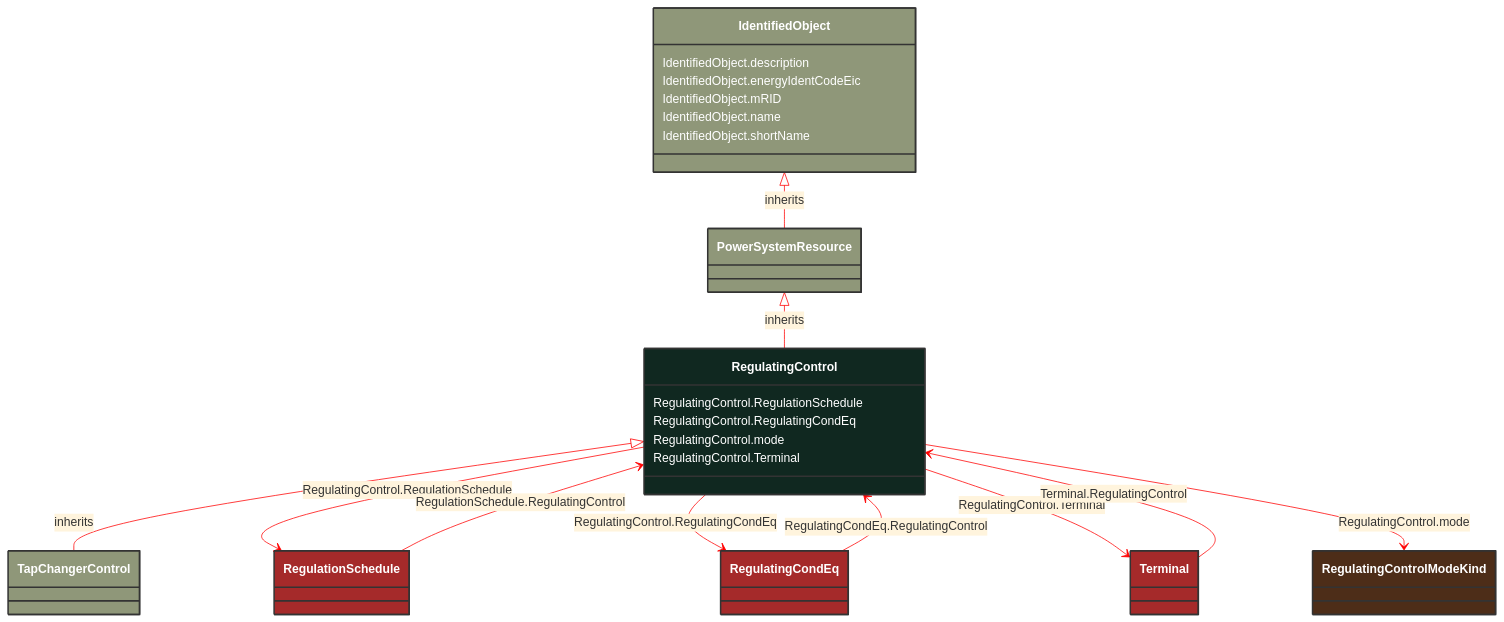
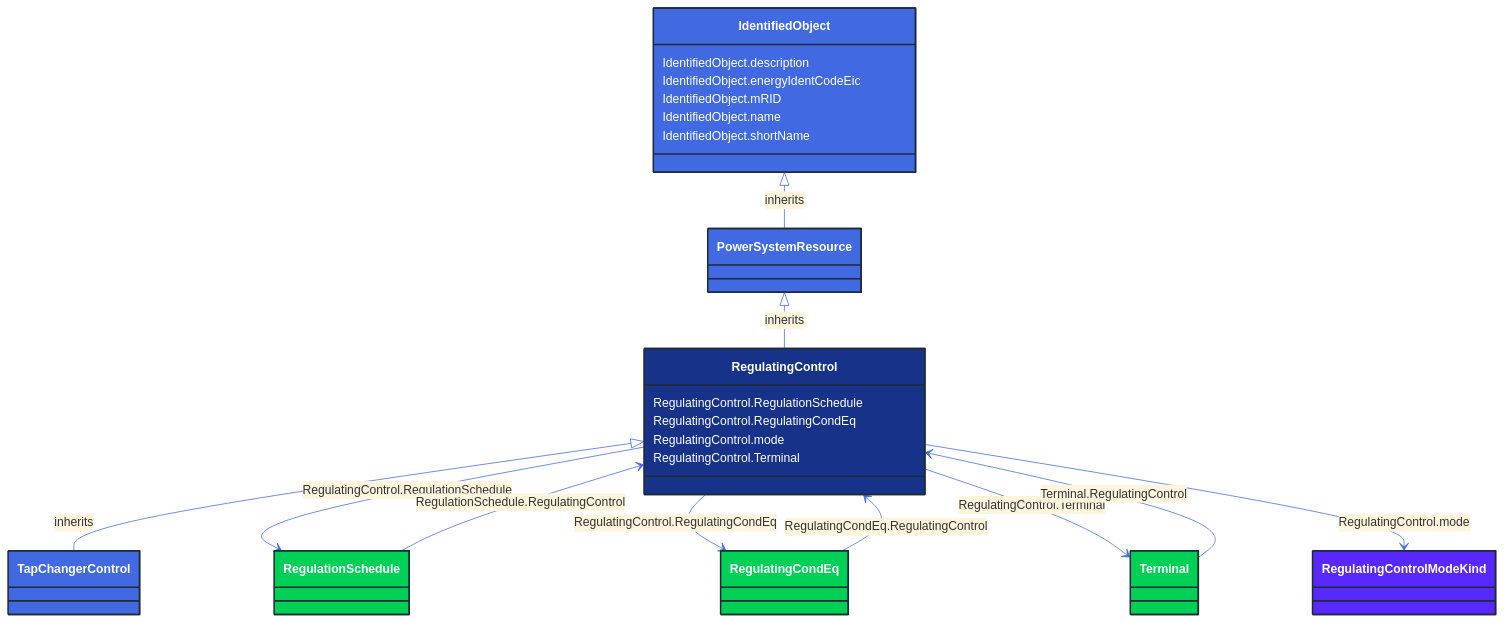
Before and after one commit to 3lbits/NoCIMExtensions: the diagram in docs/Models/Profiles/CoreEquipment/ConcreteClasses/RegulatingControl.md, drawn with Mermaid. The commit also changed 362 other files, not shown here.

First line of the commit message:
Update diagrams and styles for improved visual consistency

````diff
--- a/docs/Models/Profiles/CoreEquipment/ConcreteClasses/RegulatingControl.md
+++ b/docs/Models/Profiles/CoreEquipment/ConcreteClasses/RegulatingControl.md
@@ -15,71 +15,71 @@
 ```mermaid
-%%{init: {'theme':'base','themeVariables': {'lineColor': '#FF0000'}}}%%
+%%{init: {'theme':'base','themeVariables': {'lineColor': '#4169E1'}}}%%
 classDiagram
     class RegulatingControl
     click RegulatingControl href "/Models/Profiles/CoreEquipment/ConcreteClasses/RegulatingControl/"
-    style RegulatingControl fill:#102820,stroke:#333,stroke-width:2px,rx:10,ry:10,color:white
+    style RegulatingControl fill:#163289,stroke:#1F2A37,stroke-width:2px,rx:10,ry:10,color:white
 
         RegulatingControl <|-- TapChangerControl : inherits
 
         TapChangerControl
             click TapChangerControl href "/Models/Profiles/CoreEquipment/ConcreteClasses/TapChangerControl/"
-            style TapChangerControl fill:#8F9779,stroke:#333,stroke-width:2px,rx:10,ry:10,color:white
+            style TapChangerControl fill:#4169E1,stroke:#1F2A37,stroke-width:2px,rx:10,ry:10,color:white
      
         PowerSystemResource <|-- RegulatingControl : inherits
             click PowerSystemResource href "/Models/Profiles/CoreEquipment/AbstractClasses/PowerSystemResource/"
-            style PowerSystemResource fill:#8F9779,stroke:#333,stroke-width:2px,rx:10,ry:10,color:white
+            style PowerSystemResource fill:#4169E1,stroke:#1F2A37,stroke-width:2px,rx:10,ry:10,color:white
      
         IdentifiedObject <|-- PowerSystemResource : inherits
             click IdentifiedObject href "/Models/Profiles/CoreEquipment/AbstractClasses/IdentifiedObject/"
-            style IdentifiedObject fill:#8F9779,stroke:#333,stroke-width:2px,rx:10,ry:10,color:white
+            style IdentifiedObject fill:#4169E1,stroke:#1F2A37,stroke-width:2px,rx:10,ry:10,color:white
 
         RegulatingControl --> RegulationSchedule : RegulatingControl.RegulationSchedule
 
         RegulationSchedule
             click RegulationSchedule href "/Models/Profiles/CoreEquipment/ConcreteClasses/RegulationSchedule/"
-            style RegulationSchedule fill:#A52A2A,stroke:#333,stroke-width:2px,rx:10,ry:10,color:white
+            style RegulationSchedule fill:#00D156,stroke:#1F2A37,stroke-width:2px,rx:10,ry:10,color:white
         RegulatingControl --> RegulatingCondEq : RegulatingControl.RegulatingCondEq
 
         RegulatingCondEq
             click RegulatingCondEq href "/Models/Profiles/CoreEquipment/AbstractClasses/RegulatingCondEq/"
-            style RegulatingCondEq fill:#A52A2A,stroke:#333,stroke-width:2px,rx:10,ry:10,color:white
+            style RegulatingCondEq fill:#00D156,stroke:#1F2A37,stroke-width:2px,rx:10,ry:10,color:white
         RegulatingControl --> Terminal : RegulatingControl.Terminal
 
         Terminal
             click Terminal href "/Models/Profiles/CoreEquipment/ConcreteClasses/Terminal/"
-            style Terminal fill:#A52A2A,stroke:#333,stroke-width:2px,rx:10,ry:10,color:white
+            style Terminal fill:#00D156,stroke:#1F2A37,stroke-width:2px,rx:10,ry:10,color:white
 
         RegulationSchedule --> RegulatingControl : RegulationSchedule.RegulatingControl
 
         RegulationSchedule
             click RegulationSchedule href "/Models/Profiles/CoreEquipment/ConcreteClasses/RegulationSchedule/"
-            style RegulationSchedule fill:#A52A2A,stroke:#333,stroke-width:2px,rx:10,ry:10,color:white
+            style RegulationSchedule fill:#00D156,stroke:#1F2A37,stroke-width:2px,rx:10,ry:10,color:white
 
         RegulatingCondEq --> RegulatingControl : RegulatingCondEq.RegulatingControl
 
         RegulatingCondEq
             click RegulatingCondEq href "/Models/Profiles/CoreEquipment/AbstractClasses/RegulatingCondEq/"
-            style RegulatingCondEq fill:#A52A2A,stroke:#333,stroke-width:2px,rx:10,ry:10,color:white
+            style RegulatingCondEq fill:#00D156,stroke:#1F2A37,stroke-width:2px,rx:10,ry:10,color:white
 
         Terminal --> RegulatingControl : Terminal.RegulatingControl
 
         Terminal
             click Terminal href "/Models/Profiles/CoreEquipment/ConcreteClasses/Terminal/"
-            style Terminal fill:#A52A2A,stroke:#333,stroke-width:2px,rx:10,ry:10,color:white
+            style Terminal fill:#00D156,stroke:#1F2A37,stroke-width:2px,rx:10,ry:10,color:white
 
         RegulatingControl --> RegulatingControlModeKind : RegulatingControl.mode
 
         RegulatingControlModeKind
             click RegulatingControlModeKind href "/Models/Profiles/CoreEquipment/Enumerations/RegulatingControlModeKind/"
-            style RegulatingControlModeKind fill:#4D2D18,stroke:#333,stroke-width:2px,rx:10,ry:10,color:white
+            style RegulatingControlModeKind fill:#5729FF,stroke:#1F2A37,stroke-width:2px,rx:10,ry:10,color:white
 
         RegulatingControl : RegulatingControl.RegulationSchedule
         RegulatingControl : RegulatingControl.RegulatingCondEq
         RegulatingControl : RegulatingControl.mode
         RegulatingControl : RegulatingControl.Terminal
         IdentifiedObject : IdentifiedObject.description
         IdentifiedObject : IdentifiedObject.energyIdentCodeEic
         IdentifiedObject : IdentifiedObject.mRID
         IdentifiedObject : IdentifiedObject.name
         IdentifiedObject : IdentifiedObject.shortName
 ```
````
